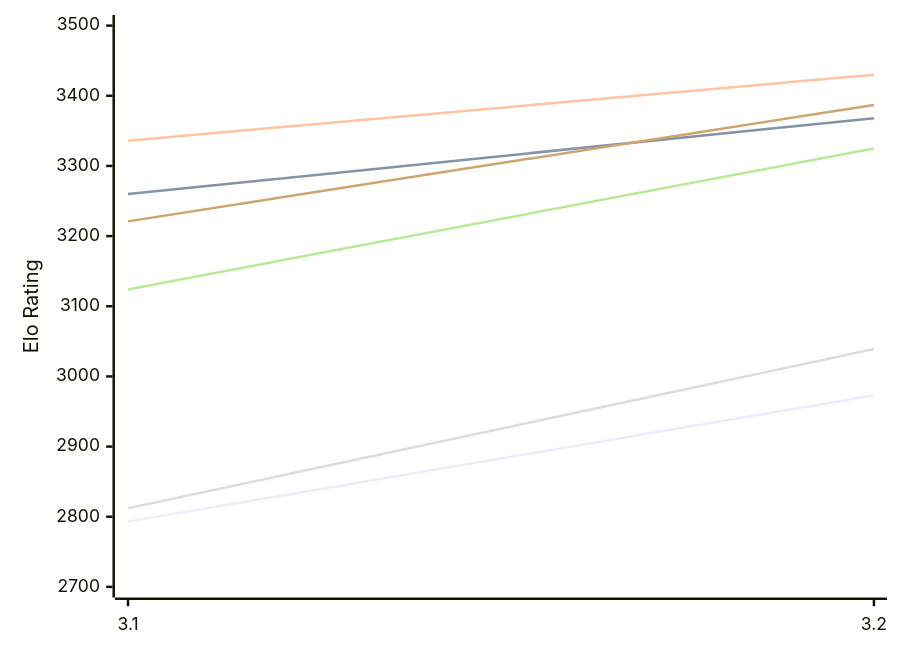
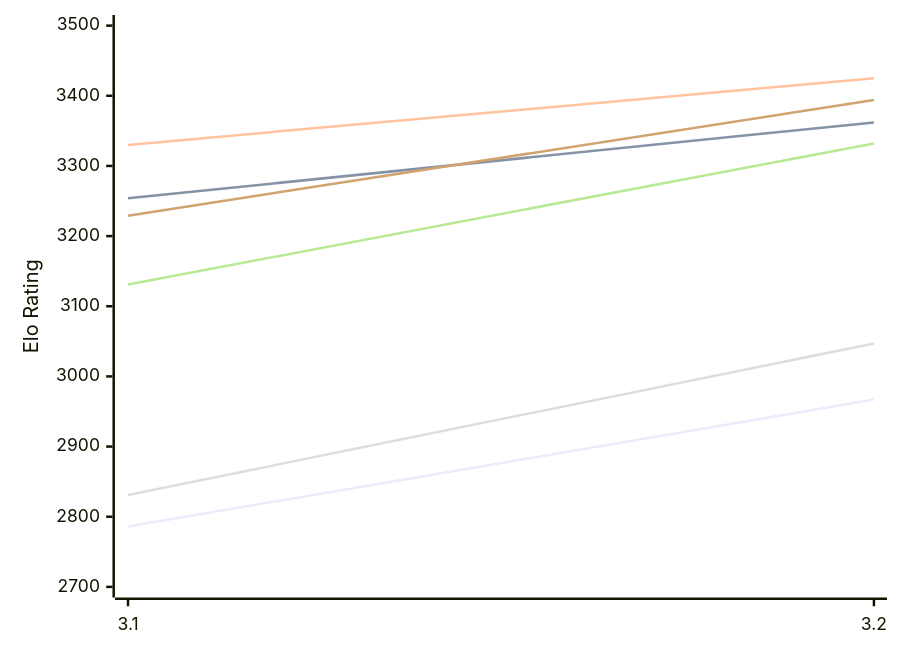
One commit to computer-chess-index/cci changed the first of 2 diagrams in engines/Thrawn.md. Above: the diagram before and after it, drawn with Mermaid. The commit also changed other lines of this file, not shown here.

Commit message:
Update CCI Ratings (ELO VLTC) - 2026-11-18

````diff
--- a/engines/Thrawn.md
+++ b/engines/Thrawn.md
@@ -52,12 +52,12 @@
 ```mermaid
 %%{init: {"theme":"base","themeVariables":{"seriesColors:['#a3a3a3','#222221','#faa371']}}}%%
 xychart-beta
   x-axis ["3.1", "3.2"]
   y-axis "Elo Rating" 2700 --> 3500
-  line "E1: STC (8.0+0.08s)" [2793, 2973]
-  line "E1: LTC (60.0+0.60s)" [3260, 3368]
-  line "E1: VLTC (2m24s+1.12s)" [3336, 3430]
-  line "P1: STC (8.0+0.08s)" [2812, 3039]
-  line "P1: LTC (60.0+0.60s)" [3124, 3325]
-  line "P1: VLTC (2m24s+1.12s)" [3221, 3387]
+  line "E1: STC (8.0+0.08s)" [2786, 2967]
+  line "E1: LTC (60.0+0.60s)" [3254, 3362]
+  line "E1: VLTC (2m24s+1.12s)" [3330, 3425]
+  line "P1: STC (8.0+0.08s)" [2831, 3047]
+  line "P1: LTC (60.0+0.60s)" [3131, 3332]
+  line "P1: VLTC (2m24s+1.12s)" [3229, 3394]
 ```
````
